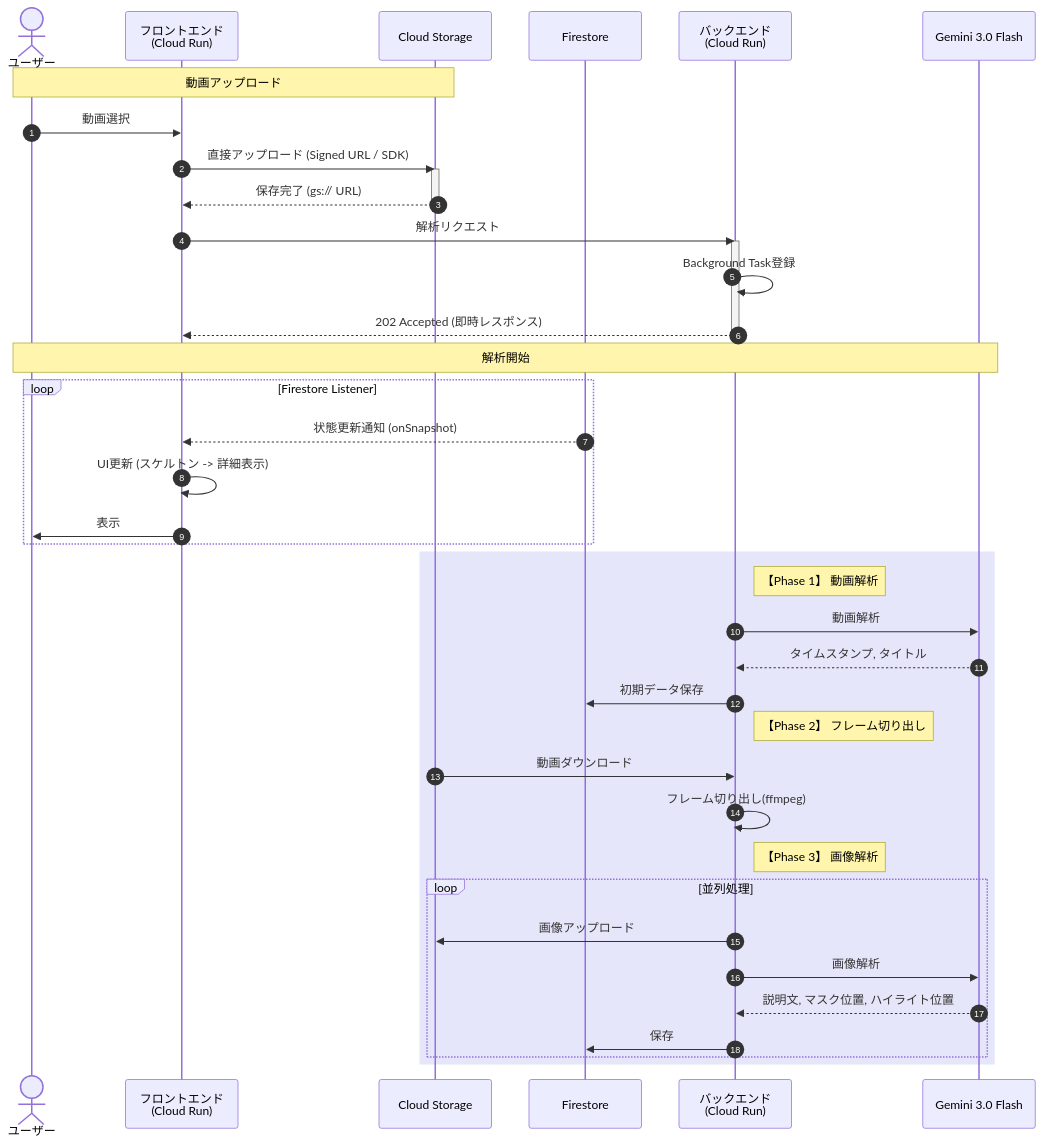
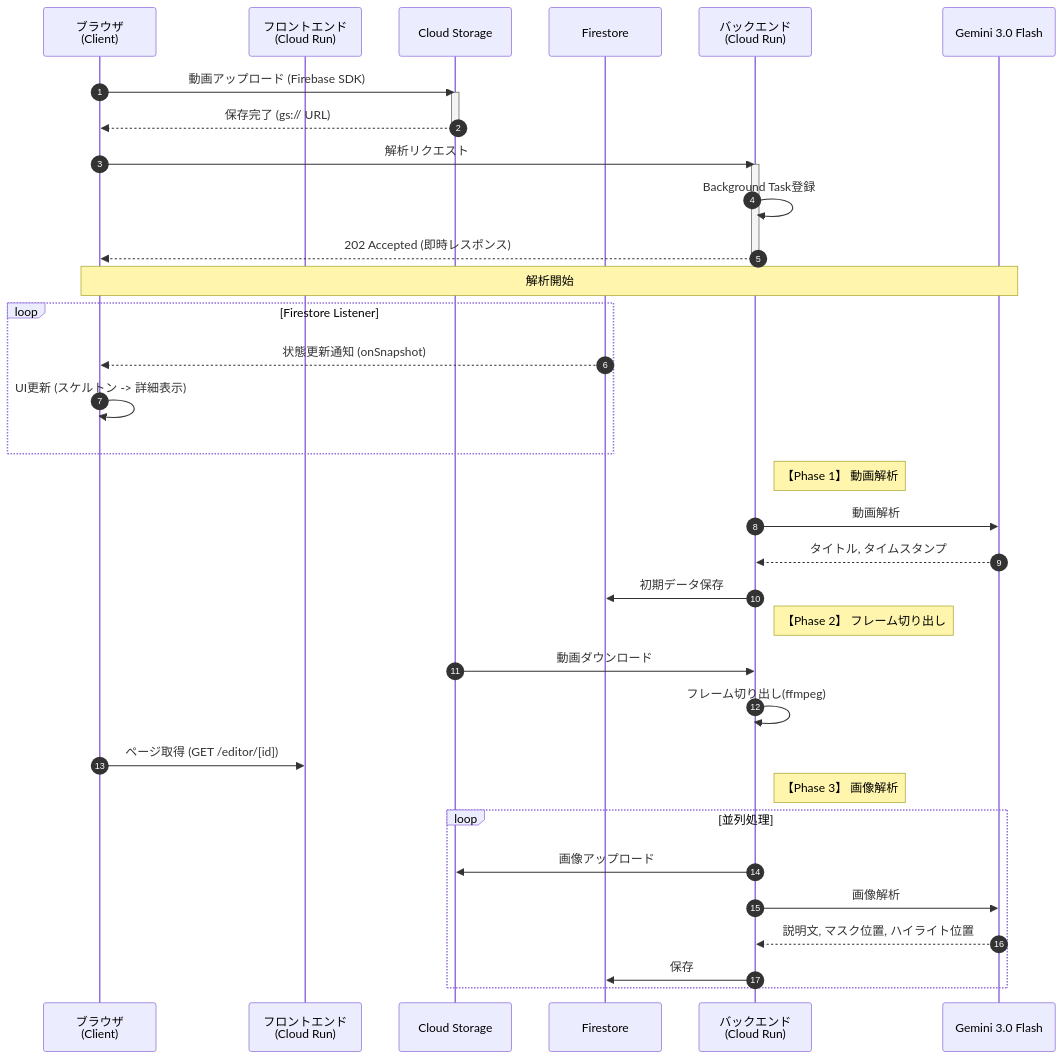
Before and after one commit to Koichi73/zenn-hackathon-vol4: the second of 2 diagrams in docs/設計書.md, drawn with Mermaid. The commit also changed other lines of this file and 2 other files, not shown here.

Commit message:
update: アーキテクチャの修正 フロントにおいてクライアントとサーバを明確化

````diff
--- a/docs/設計書.md
+++ b/docs/設計書.md
@@ -113,49 +115,46 @@
 ```mermaid
 sequenceDiagram
     autonumber
-    actor User as ユーザー
+    participant Browser as ブラウザ<br/>(Client)
     participant FE as フロントエンド<br/>(Cloud Run)
     participant GCS as Cloud Storage
     participant DB as Firestore
     participant API as バックエンド<br/>(Cloud Run)
     participant AI as Gemini 3.0 Flash
 
-    Note over User, GCS: 動画アップロード
-    User->>FE: 動画選択
-    FE->>GCS: 直接アップロード (Signed URL / SDK)
+    Browser->>GCS: 動画アップロード (Firebase SDK)
     activate GCS
-    GCS-->>FE: 保存完了 (gs:// URL)
+    GCS-->>Browser: 保存完了 (gs:// URL)
     deactivate GCS
 
-    FE->>API: 解析リクエスト
+    Browser->>API: 解析リクエスト
     activate API
     API->>API: Background Task登録
-    API-->>FE: 202 Accepted (即時レスポンス)
+    API-->>Browser: 202 Accepted (即時レスポンス)
     deactivate API
 
-    Note over User, AI: 解析開始
+    Note over Browser, AI: 解析開始
     loop Firestore Listener
-        DB-->>FE: 状態更新通知 (onSnapshot)
-        FE->>FE: UI更新 (スケルトン -> 詳細表示)
-        FE->>User: 表示
+        DB-->>Browser: 状態更新通知 (onSnapshot)
+        Browser->>Browser: UI更新 (スケルトン -> 詳細表示)
     end
 
-    rect rgb(230, 230, 250)
-        Note right of API: 【Phase 1】 動画解析
-        API->>AI: 動画解析
-        AI-->>API: タイムスタンプ, タイトル
-        API->>DB: 初期データ保存
+    Note right of API: 【Phase 1】 動画解析
+    API->>AI: 動画解析
+    AI-->>API: タイトル, タイムスタンプ
+    API->>DB: 初期データ保存
 
-        Note right of API: 【Phase 2】 フレーム切り出し
-        GCS->>API: 動画ダウンロード
-        API->>API: フレーム切り出し(ffmpeg)
-        
-        Note right of API: 【Phase 3】 画像解析
-        loop 並列処理
-            API->>GCS: 画像アップロード
-            API->>AI: 画像解析
-            AI-->>API: 説明文, マスク位置, ハイライト位置
-            API->>DB: 保存
-        end
+    Note right of API: 【Phase 2】 フレーム切り出し
+    GCS->>API: 動画ダウンロード
+    API->>API: フレーム切り出し(ffmpeg)
+    
+    Browser->>FE: ページ取得 (GET /editor/[id])
+
+    Note right of API: 【Phase 3】 画像解析
+    loop 並列処理
+        API->>GCS: 画像アップロード
+        API->>AI: 画像解析
+        AI-->>API: 説明文, マスク位置, ハイライト位置
+        API->>DB: 保存
     end
 ```
````
